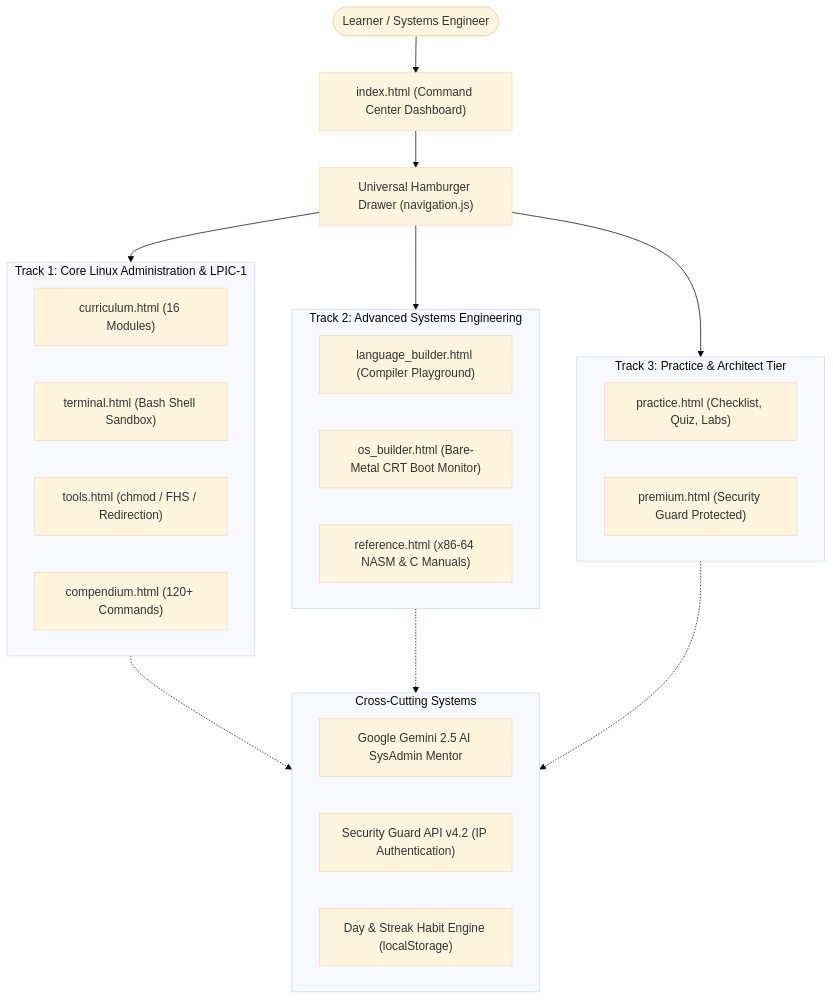
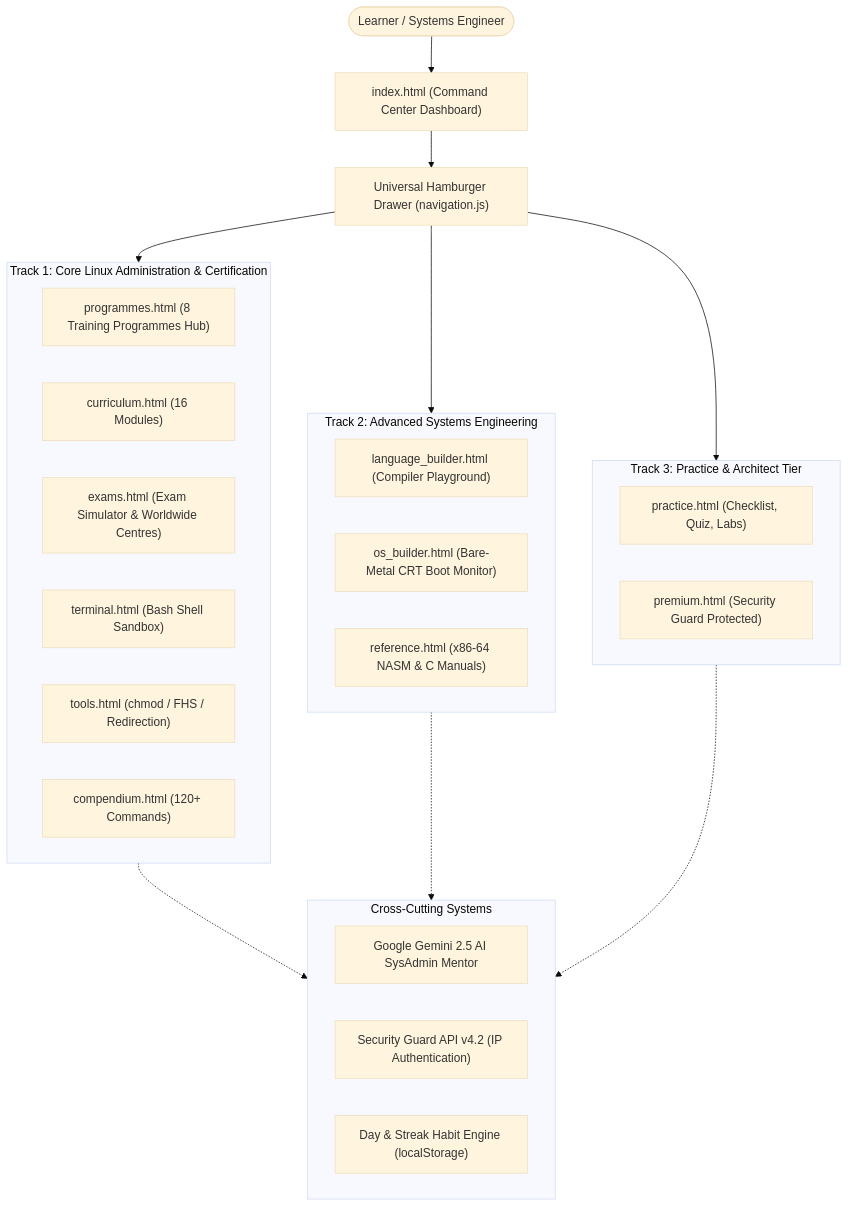
One commit to alexhack235-code/LTSP changed the first of 4 diagrams in README.md. Above: the diagram before and after it, drawn with Mermaid (base theme). The commit also changed other lines of this file and 10 other files, not shown here.

Commit message:
feat: add 8 specialized training programmes, global exam centres locator, and proctored certification simulator

````diff
--- a/README.md
+++ b/README.md
@@ -30,37 +30,39 @@
 ```mermaid
 flowchart TD
     User(["Learner / Systems Engineer"]) --> Hub["index.html (Command Center Dashboard)"]
     Hub --> NavDrawer["Universal Hamburger Drawer (navigation.js)"]
     
-    subgraph Track1["Track 1: Core Linux Administration & LPIC-1"]
+    subgraph Track1["Track 1: Core Linux Administration & Certification"]
+        Programmes["programmes.html (8 Training Programmes Hub)"]
         Curriculum["curriculum.html (16 Modules)"]
+        Exams["exams.html (Exam Simulator & Worldwide Centres)"]
         Terminal["terminal.html (Bash Shell Sandbox)"]
         Tools["tools.html (chmod / FHS / Redirection)"]
         Compendium["compendium.html (120+ Commands)"]
     end
     
     subgraph Track2["Track 2: Advanced Systems Engineering"]
         Lang["language_builder.html (Compiler Playground)"]
         OS["os_builder.html (Bare-Metal CRT Boot Monitor)"]
         Ref["reference.html (x86-64 NASM & C Manuals)"]
     end
     
     subgraph Track3["Track 3: Practice & Architect Tier"]
         Practice["practice.html (Checklist, Quiz, Labs)"]
         Premium["premium.html (Security Guard Protected)"]
     end
     
     NavDrawer --> Track1
     NavDrawer --> Track2
     NavDrawer --> Track3
     
     subgraph Support["Cross-Cutting Systems"]
         Gemini["Google Gemini 2.5 AI SysAdmin Mentor"]
         Security["Security Guard API v4.2 (IP Authentication)"]
         Streak["Day & Streak Habit Engine (localStorage)"]
     end
     
     Track1 -.-> Support
     Track2 -.-> Support
     Track3 -.-> Support
 ```
````
